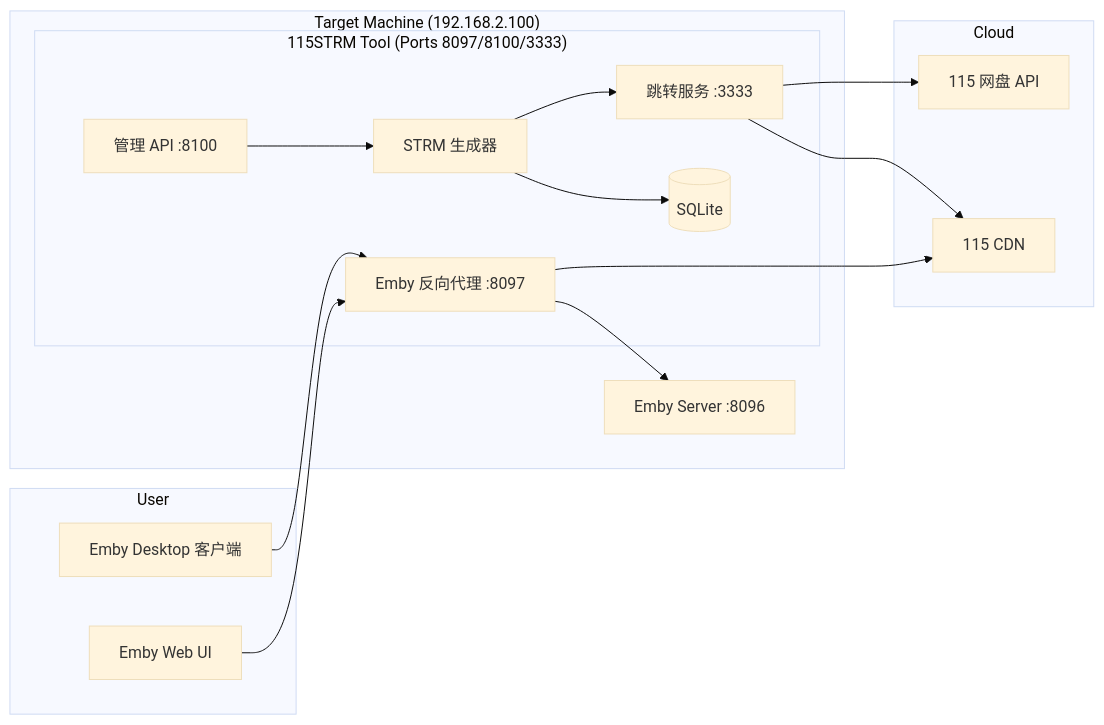
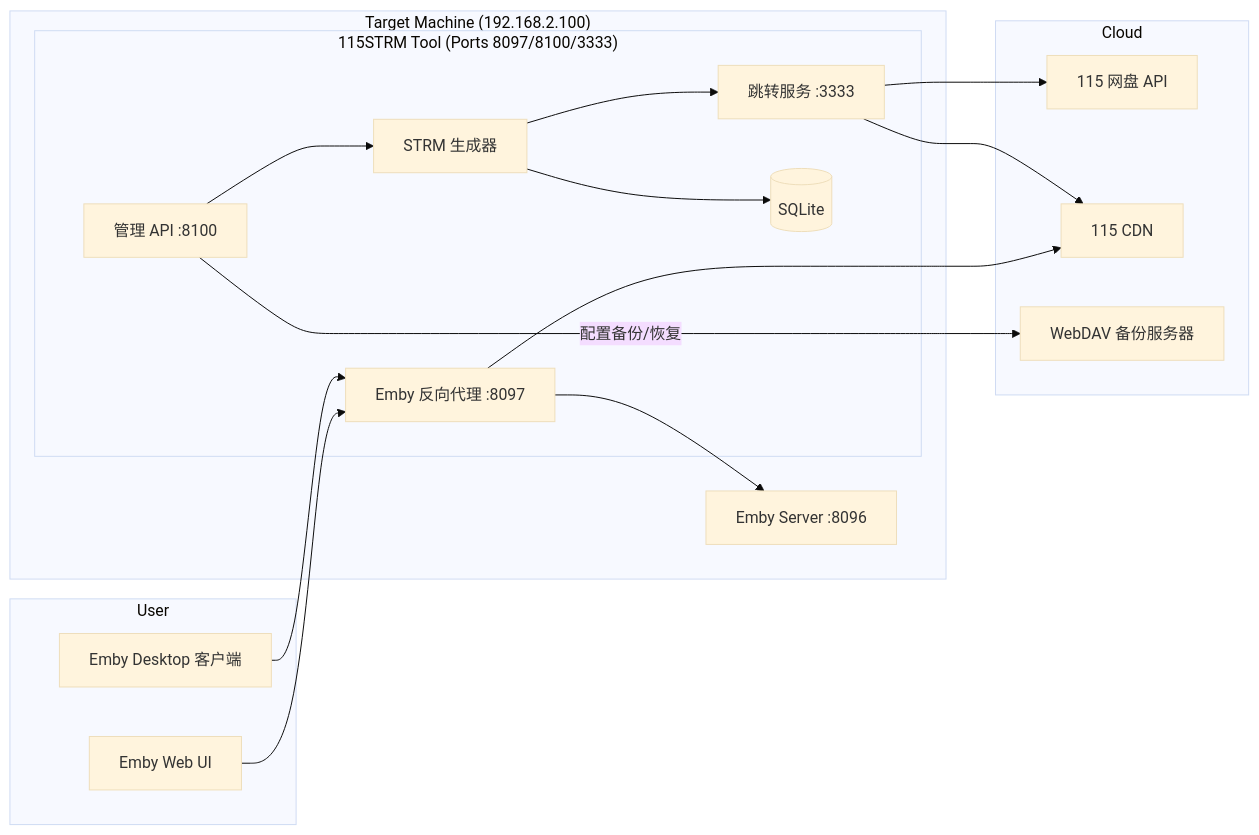
The first of 3 diagrams in .monkeycode/docs/ARCHITECTURE.md (cdlongbow/115StrmTool), drawn with Mermaid (base theme) before and after one commit. The commit also changed other lines of this file and 6 other files, not shown here.

First line of the commit message:
docs: sync webdav backup feature across readme architecture interfaces and changelog

````diff
--- a/.monkeycode/docs/ARCHITECTURE.md
+++ b/.monkeycode/docs/ARCHITECTURE.md
@@ -122,34 +129,36 @@
 ```mermaid
 flowchart LR
     subgraph User
         Browser[Emby Web UI]
         Desktop[Emby Desktop 客户端]
     end
 
     subgraph "Target Machine (192.168.2.100)"
         Emby[Emby Server :8096]
         Tool["115STRM Tool"]
         subgraph Tool["115STRM Tool (Ports 8097/8100/3333)"]
             AdminAPI[管理 API :8100]
             Proxy[Emby 反向代理 :8097]
             Redirect[跳转服务 :3333]
             StrmGen[STRM 生成器]
             DB[(SQLite)]
         end
     end
 
     subgraph Cloud
         P115["115 网盘 API"]
         CDN["115 CDN"]
+        WebDAV["WebDAV 备份服务器"]
     end
 
     Browser --> Proxy
     Desktop --> Proxy
     Proxy --> Emby
     Proxy --> CDN
     Redirect --> P115
     Redirect --> CDN
     AdminAPI --> StrmGen
+    AdminAPI -->|"配置备份/恢复"| WebDAV
     StrmGen --> Redirect
     StrmGen --> DB
 ```
````
